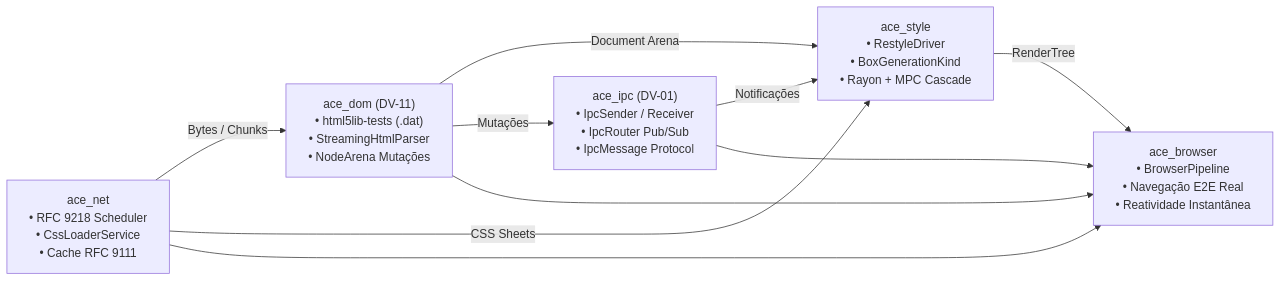
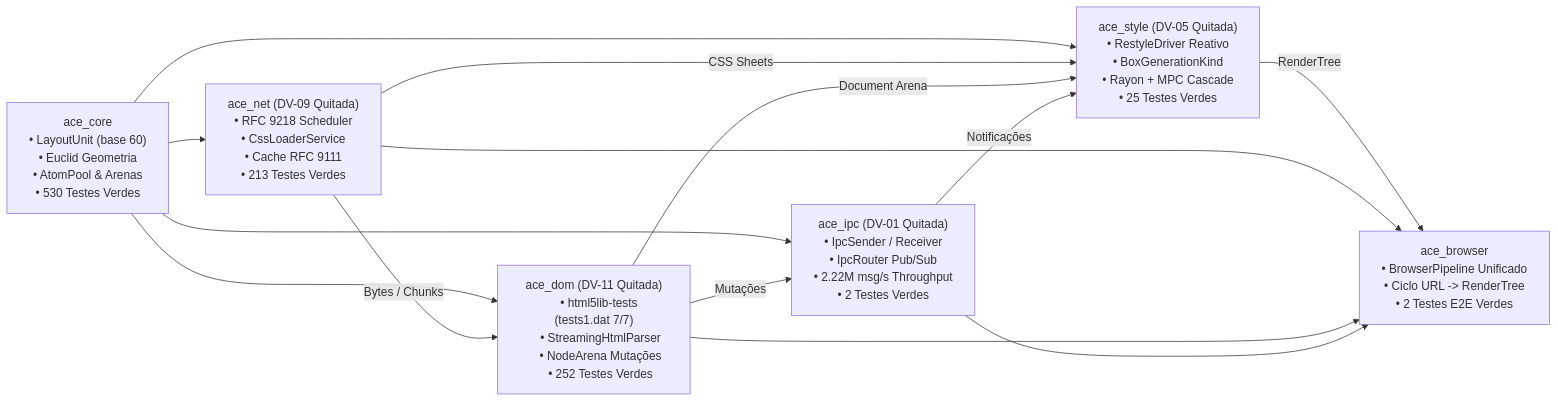
Before and after one commit to Alekkzsx/Albedo-Browser: the diagram in docs/reports/cross_subsystem_integration.md, drawn with Mermaid. The commit also changed other lines of this file and 1 other file, not shown here.

````diff
--- a/docs/reports/cross_subsystem_integration.md
+++ b/docs/reports/cross_subsystem_integration.md
@@ -37,37 +40,51 @@
 ```mermaid
 flowchart LR
-    NET["ace_net
+    NET["ace_net (DV-09 Quitada)
     • RFC 9218 Scheduler
     • CssLoaderService
-    • Cache RFC 9111"]
+    • Cache RFC 9111
+    • 213 Testes Verdes"]
     
-    IPC["ace_ipc (DV-01)
+    IPC["ace_ipc (DV-01 Quitada)
     • IpcSender / Receiver
     • IpcRouter Pub/Sub
-    • IpcMessage Protocol"]
+    • 2.22M msg/s Throughput
+    • 2 Testes Verdes"]
     
-    DOM["ace_dom (DV-11)
-    • html5lib-tests (.dat)
+    DOM["ace_dom (DV-11 Quitada)
+    • html5lib-tests (tests1.dat 7/7)
     • StreamingHtmlParser
-    • NodeArena Mutações"]
+    • NodeArena Mutações
+    • 252 Testes Verdes"]
     
-    STYLE["ace_style
-    • RestyleDriver
+    STYLE["ace_style (DV-05 Quitada)
+    • RestyleDriver Reativo
     • BoxGenerationKind
-    • Rayon + MPC Cascade"]
+    • Rayon + MPC Cascade
+    • 25 Testes Verdes"]
     
     BROWSER["ace_browser
-    • BrowserPipeline
-    • Navegação E2E Real
-    • Reatividade Instantânea"]
+    • BrowserPipeline Unificado
+    • Ciclo URL -> RenderTree
+    • 2 Testes E2E Verdes"]
 
+    CORE["ace_core
+    • LayoutUnit (base 60)
+    • Euclid Geometria
+    • AtomPool & Arenas
+    • 530 Testes Verdes"]
+
+    CORE --> NET
+    CORE --> IPC
+    CORE --> DOM
+    CORE --> STYLE
     NET -->|Bytes / Chunks| DOM
     NET -->|CSS Sheets| STYLE
     DOM -->|Document Arena| STYLE
     DOM -->|Mutações| IPC
     IPC -->|Notificações| STYLE
     STYLE -->|RenderTree| BROWSER
     NET --> BROWSER
     DOM --> BROWSER
     IPC --> BROWSER
 ```
````
